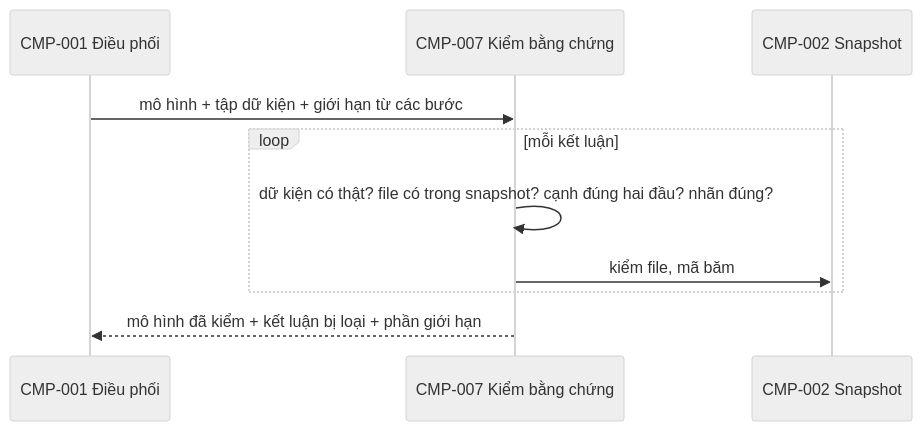
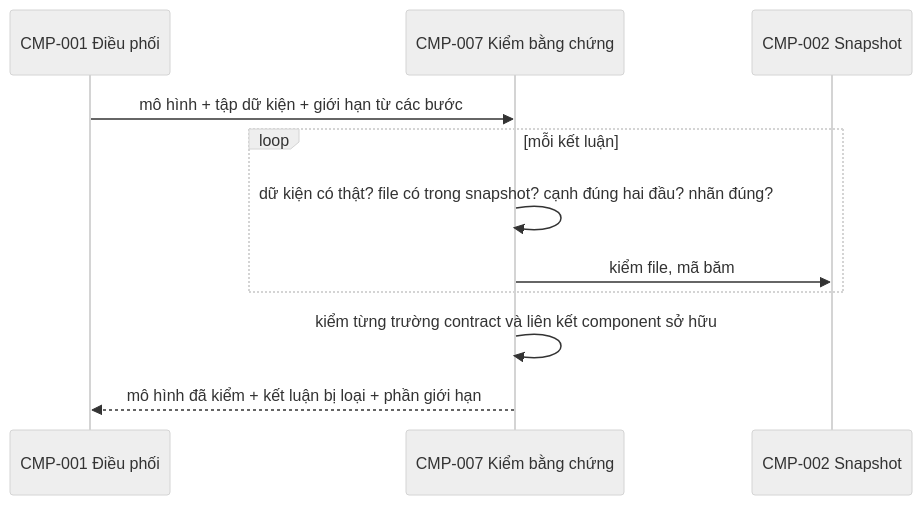
One commit to nchoang1004/l3-generator-fr029 changed the first of 2 diagrams in .aide/architecture/l2/CMP-L3GEN-007.md. Above: the diagram before and after it, drawn with Mermaid (neutral theme). The commit also changed other lines of this file and 23 other files, not shown here.

````diff
--- a/.aide/architecture/l2/CMP-L3GEN-007.md
+++ b/.aide/architecture/l2/CMP-L3GEN-007.md
@@ -43,12 +56,13 @@
 ```mermaid
 sequenceDiagram
     participant R as CMP-001 Điều phối
     participant E as CMP-007 Kiểm bằng chứng
     participant S as CMP-002 Snapshot
     R->>E: mô hình + tập dữ kiện + giới hạn từ các bước
     loop mỗi kết luận
         E->>E: dữ kiện có thật? file có trong snapshot? cạnh đúng hai đầu? nhãn đúng?
         E->>S: kiểm file, mã băm
     end
+    E->>E: kiểm từng trường contract và liên kết component sở hữu
     E-->>R: mô hình đã kiểm + kết luận bị loại + phần giới hạn
 ```
````
